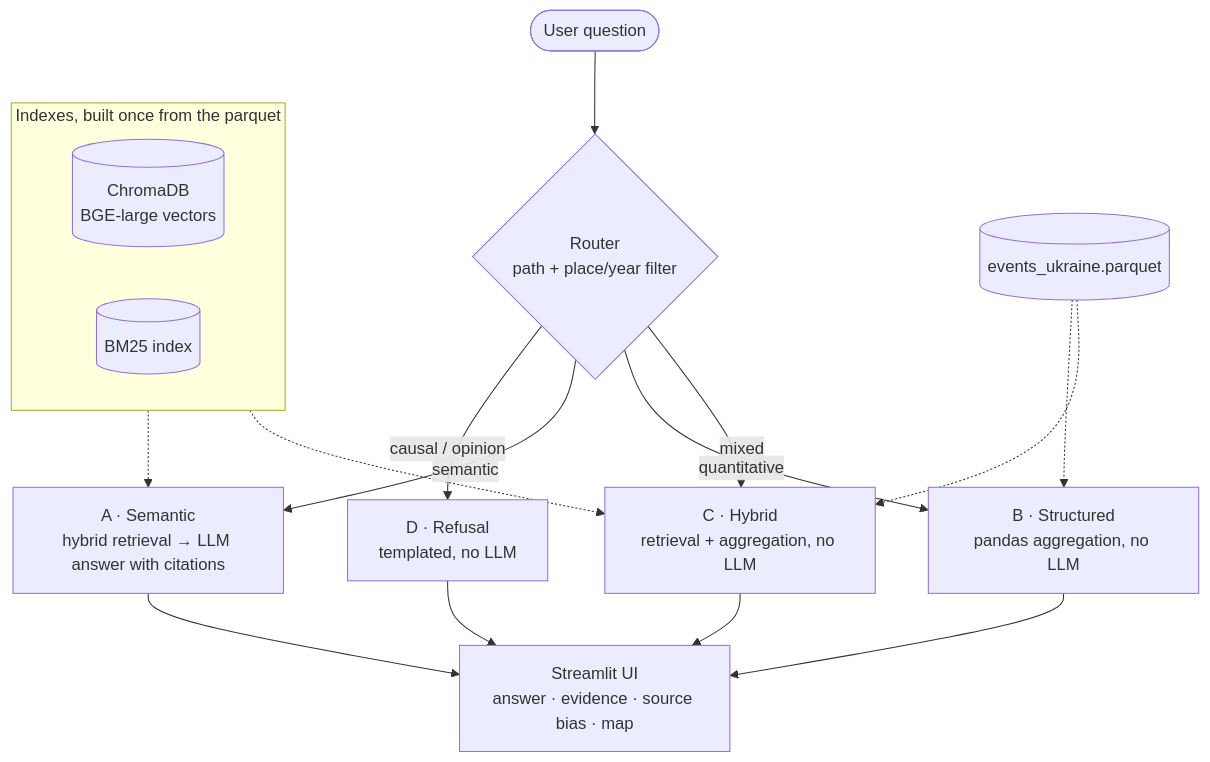
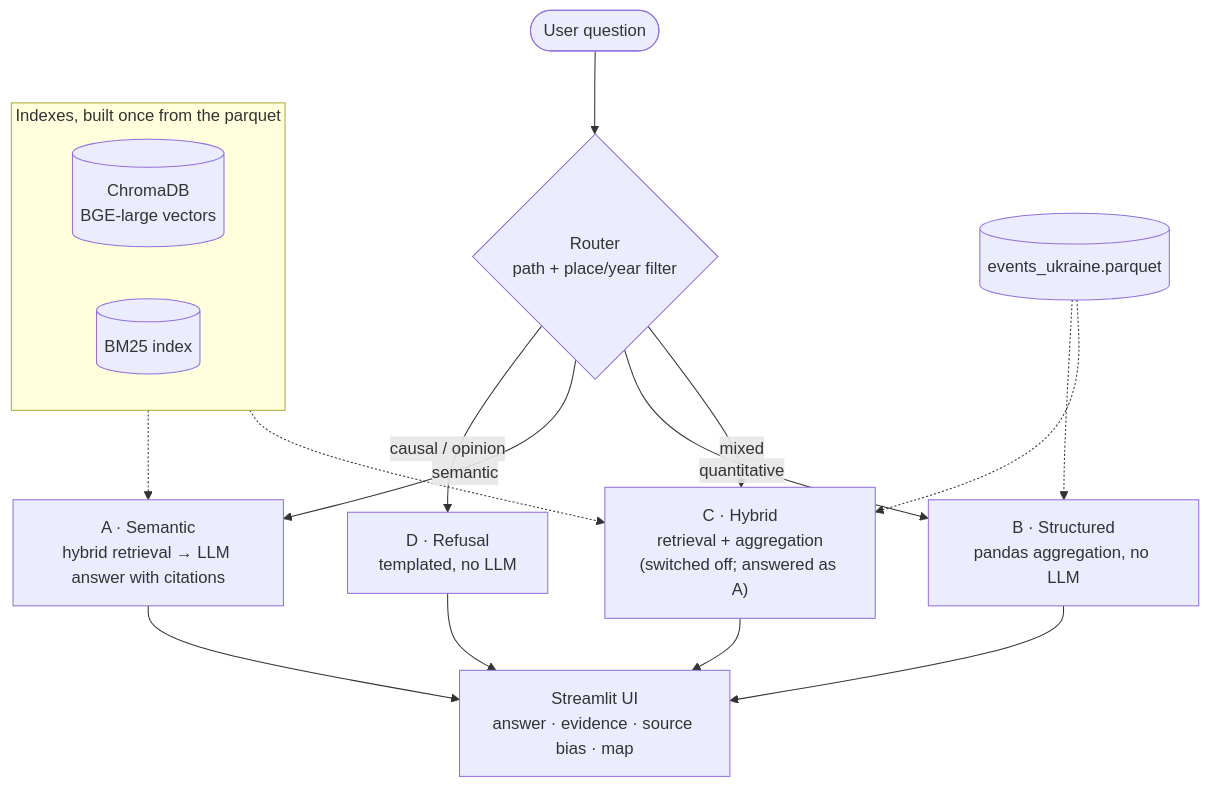
Before and after one commit to floew2/rag-ucdp: the diagram in README.md, drawn with Mermaid. The commit also changed other lines of this file, not shown here.

Commit message:
docs(readme): document path C switch-off

````diff
--- a/README.md
+++ b/README.md
@@ -53,24 +53,24 @@
 ```mermaid
 flowchart TD
     Q(["User question"]) --> R{"Router<br/>path + place/year filter"}
     R -->|"causal / opinion"| D["D · Refusal<br/>templated, no LLM"]
     R -->|semantic| A["A · Semantic<br/>hybrid retrieval → LLM answer with citations"]
     R -->|quantitative| B["B · Structured<br/>pandas aggregation, no LLM"]
-    R -->|mixed| C["C · Hybrid<br/>retrieval + aggregation, no LLM"]
+    R -->|mixed| C["C · Hybrid<br/>retrieval + aggregation<br/>(switched off; answered as A)"]
 
     subgraph IDX["Indexes, built once from the parquet"]
         CH[("ChromaDB<br/>BGE-large vectors")]
         BM[("BM25 index")]
     end
     P[("events_ukraine.parquet")]
 
     IDX -.-> A
     IDX -.-> C
     P -.-> B
     P -.-> C
 
     A --> UI["Streamlit UI<br/>answer · evidence · source bias · map"]
     B --> UI
     C --> UI
     D --> UI
 ```
````
